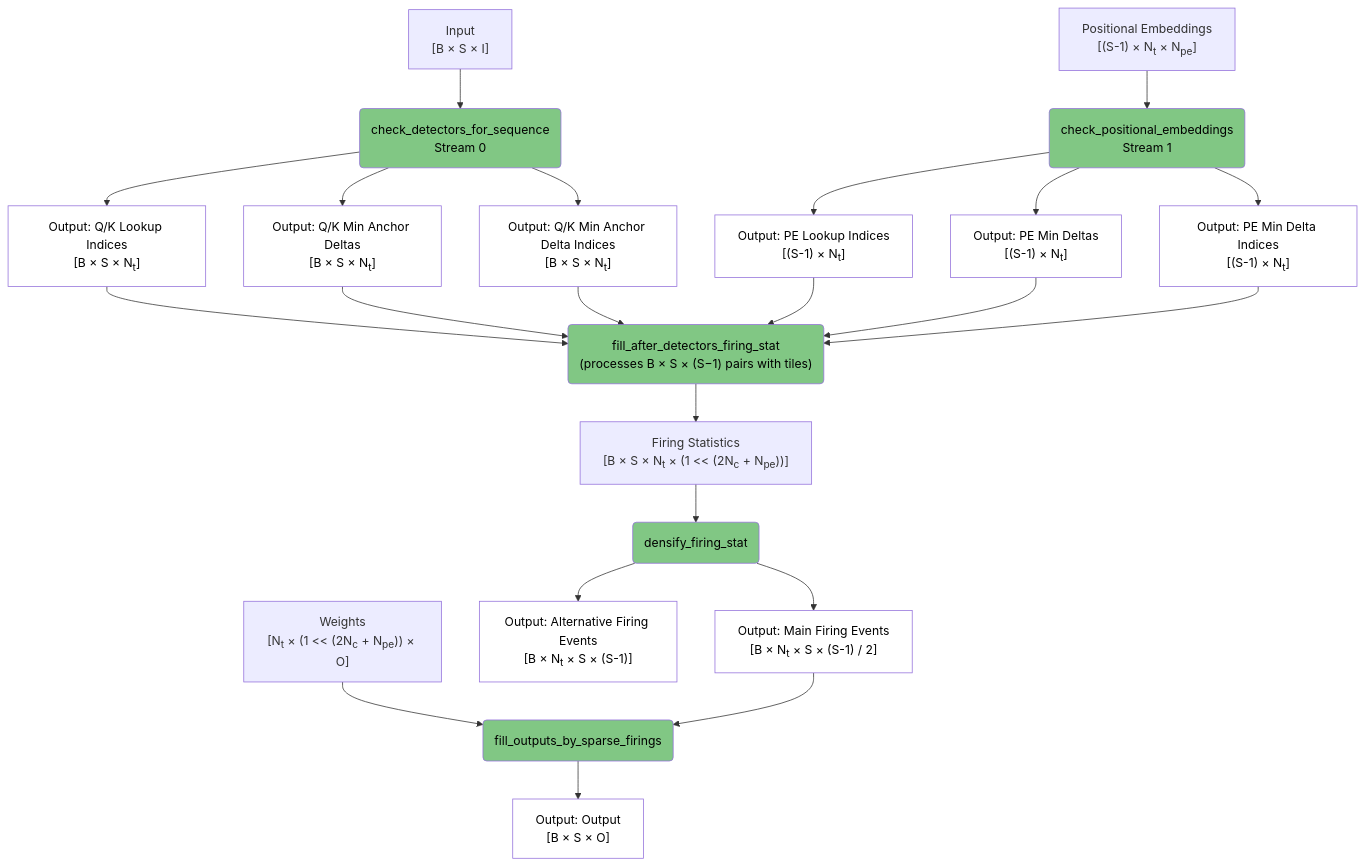
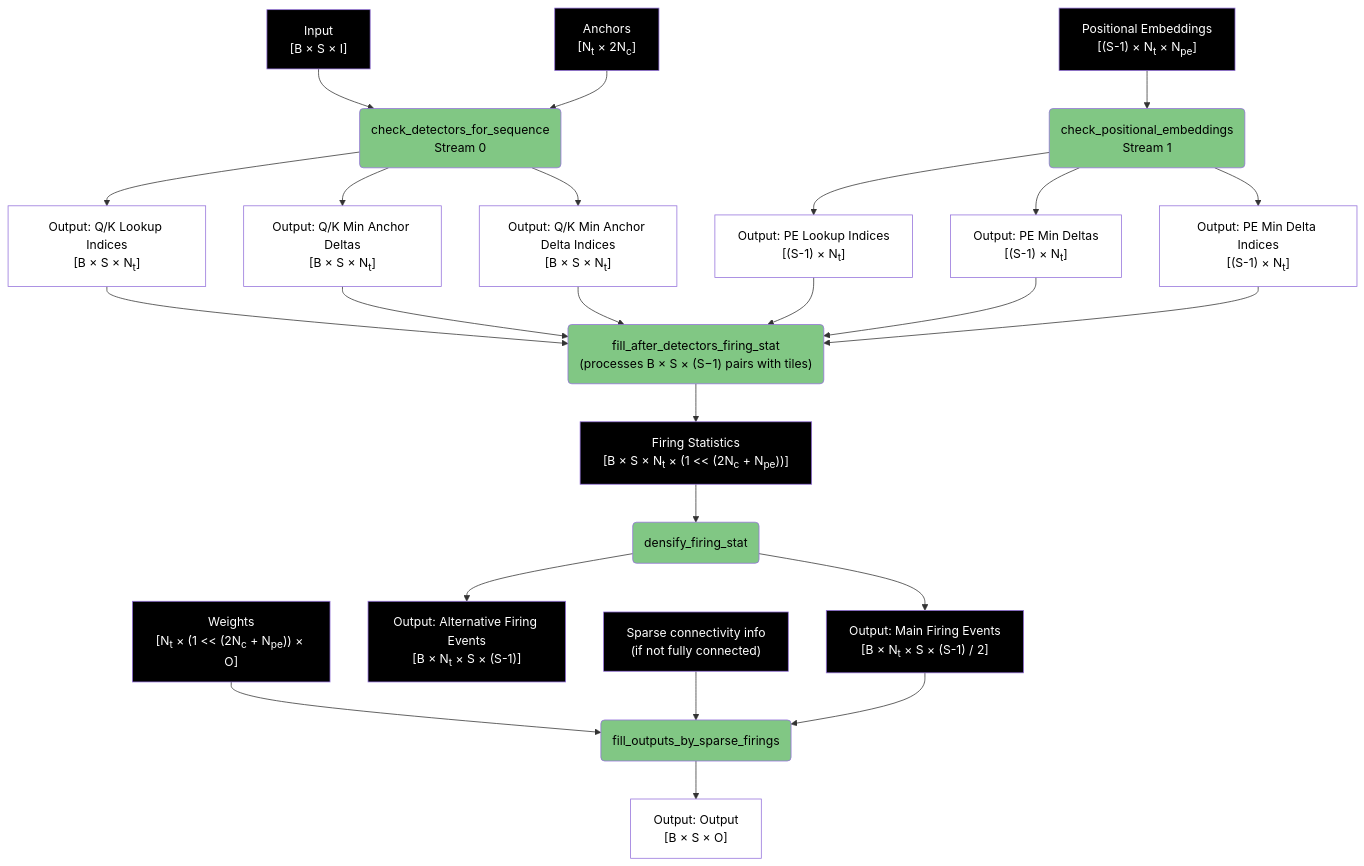
The fifth of 6 diagrams in spiky_cuda/lut/doc/LUT_RUNTIME_DATA_FLOW.md (anatoli-starostin/spiky), drawn with Mermaid before and after one commit. The commit also changed other lines of this file, not shown here.

````diff
--- a/spiky_cuda/lut/doc/LUT_RUNTIME_DATA_FLOW.md
+++ b/spiky_cuda/lut/doc/LUT_RUNTIME_DATA_FLOW.md
@@ -131,47 +161,55 @@
 ```mermaid
 flowchart TD
     A["Input<br/>[B × S × I]"] --> B("check_detectors_for_sequence<br/>Stream 0")
+    D5["Anchors<br/>[N<sub>t</sub> × 2N<sub>c</sub>]"] --> B
     C["Positional Embeddings<br/>[(S-1) × N<sub>t</sub> × N<sub>pe</sub>]"] --> D("check_positional_embeddings<br/>Stream 1")
     
     B --> E["Output: Q/K Lookup Indices<br/>[B × S × N<sub>t</sub>]"]
     B --> F["Output: Q/K Min Anchor Deltas<br/>[B × S × N<sub>t</sub>]"]
     B --> G["Output: Q/K Min Anchor Delta Indices<br/>[B × S × N<sub>t</sub>]"]
     
     D --> H["Output: PE Lookup Indices<br/>[(S-1) × N<sub>t</sub>]"]
     D --> I["Output: PE Min Deltas<br/>[(S-1) × N<sub>t</sub>]"]
     D --> J["Output: PE Min Delta Indices<br/>[(S-1) × N<sub>t</sub>]"]
     
     E --> K("fill_after_detectors_firing_stat<br/>(processes&nbsp;B&nbsp;×&nbsp;S&nbsp;×&nbsp;(S&minus;1)&nbsp;pairs&nbsp;with&nbsp;tiles)")
     F --> K
     G --> K
     H --> K
     I --> K
     J --> K
     
     K --> L["Firing Statistics<br/>[B&nbsp;×&nbsp;S&nbsp;×&nbsp;N<sub>t</sub>&nbsp;×&nbsp;(1&nbsp;<<&nbsp;(2N<sub>c</sub>&nbsp;+&nbsp;N<sub>pe</sub>))]"]
     
     L --> M(densify_firing_stat)
     
     M --> N["Output: Main Firing Events<br/>[B × N<sub>t</sub> × S × (S-1) / 2]"]
     M --> O["Output: Alternative Firing Events<br/>[B × N<sub>t</sub> × S × (S-1)]"]
     
     W5["Weights<br/>[N<sub>t</sub> × (1 << (2N<sub>c</sub> + N<sub>pe</sub>)) × O]"] --> P(fill_outputs_by_sparse_firings)
+    SC3["Sparse connectivity info<br/>(if not fully connected)"] --> P
     N --> P
     
     P --> Q["Output: Output<br/>[B × S × O]"]
     
     style B fill:#81c784,color:#000000
     style D fill:#81c784,color:#000000
     style K fill:#81c784,color:#000000
     style M fill:#81c784,color:#000000
     style P fill:#81c784,color:#000000
+    style A fill:#000000,color:#ffffff
+    style C fill:#000000,color:#ffffff
+    style D5 fill:#000000,color:#ffffff
+    style SC3 fill:#000000,color:#ffffff
+    style W5 fill:#000000,color:#ffffff
+    style L fill:#000000,color:#ffffff
+    style N fill:#000000,color:#ffffff
+    style O fill:#000000,color:#ffffff
     style E fill:#ffffff,color:#000000
     style F fill:#ffffff,color:#000000
     style G fill:#ffffff,color:#000000
     style H fill:#ffffff,color:#000000
     style I fill:#ffffff,color:#000000
     style J fill:#ffffff,color:#000000
-    style N fill:#ffffff,color:#000000
-    style O fill:#ffffff,color:#000000
     style Q fill:#ffffff,color:#000000
 ```
````
